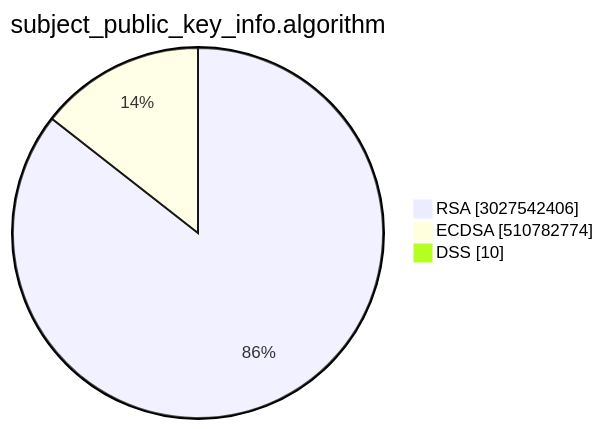
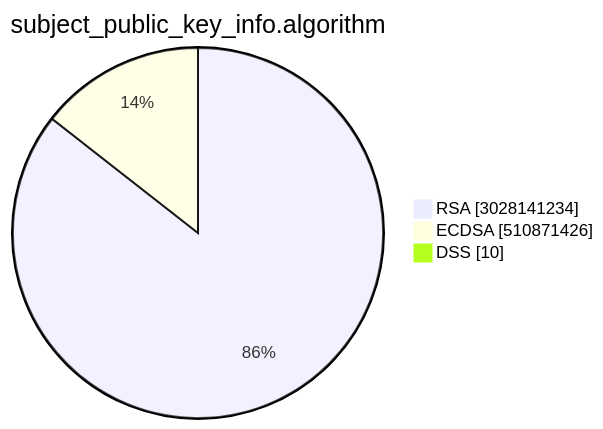
Before and after one commit to christiankrug/ctmonitor_visualization: the second of 15 diagrams in TOTAL/README.md, drawn with Mermaid. The commit also changed other lines of this file, not shown here.

````diff
--- a/TOTAL/README.md
+++ b/TOTAL/README.md
@@ -6,7 +6,7 @@
 ```mermaid
 pie showData
 title subject_public_key_info.algorithm
-"RSA" :3027542406
-"ECDSA" :510782774
+"RSA" :3028141234
+"ECDSA" :510871426
 "DSS" :10
 ```
````
